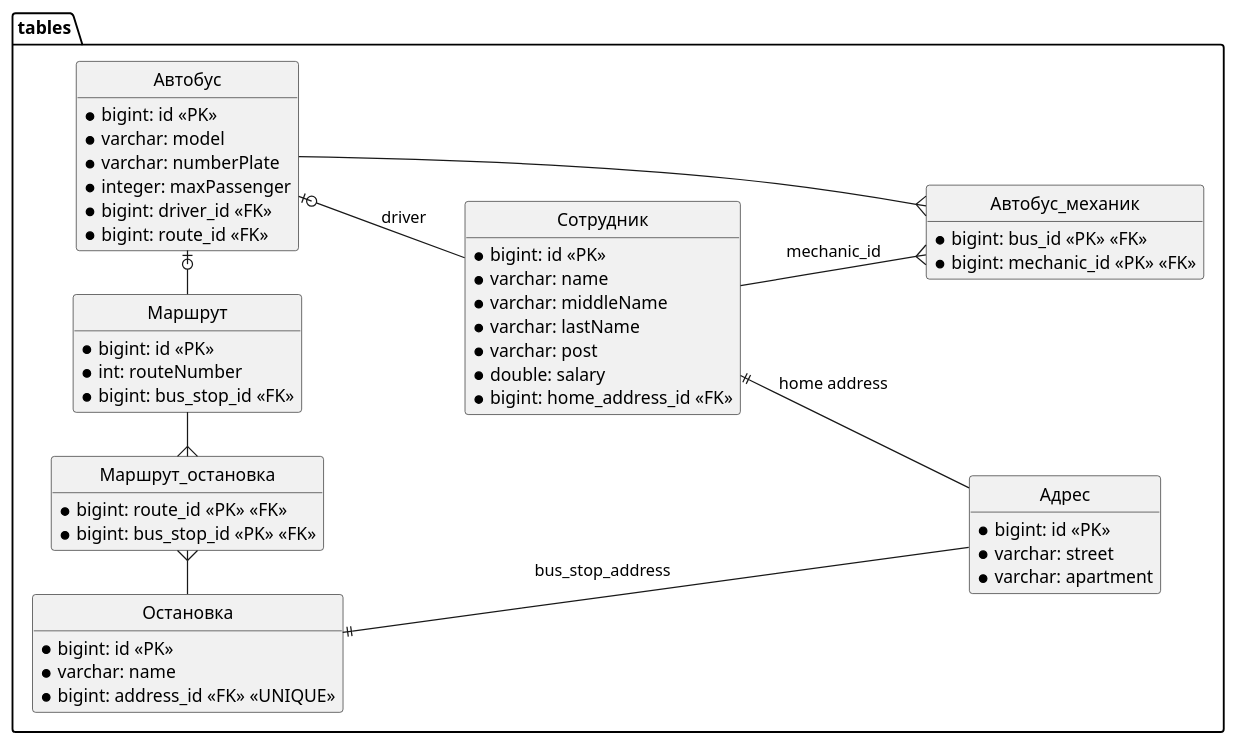
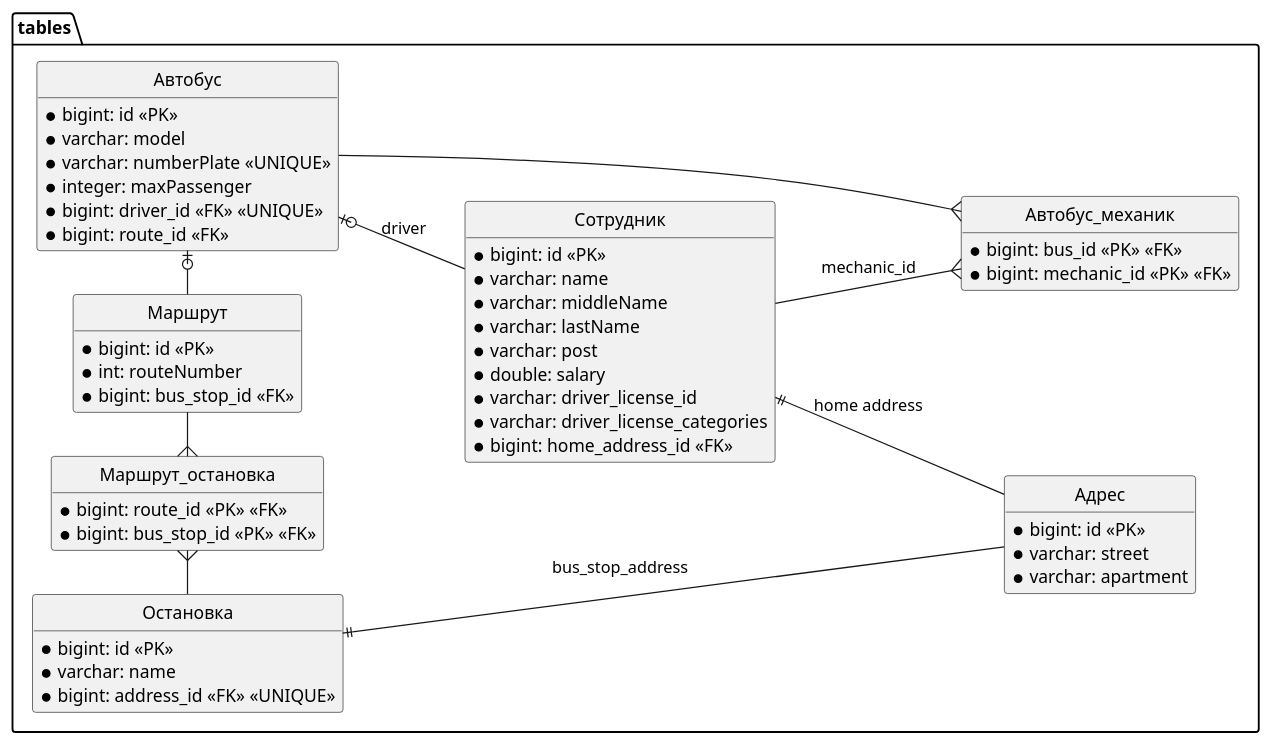
Before and after one commit to itolstov09/bus-park: the diagram in docs/TableDiagram.puml, drawn with PlantUML. The commit also changed 1 other file, not shown here.

Commit message:
docs: add Driver License

```diff
--- a/docs/TableDiagram.puml
+++ b/docs/TableDiagram.puml
@@ -1,79 +1,81 @@
 @startuml
 'https://plantuml.com/class-diagram
 
 'top to bottom direction
 left to right direction
 
 
 package tables {
 
     hide empty member
     hide circle
 
 
 
     entity "Адрес" as address {
         * bigint: id <<PK>>
         * varchar: street
         * varchar: apartment
     }
 
     entity "Автобус" as bus {
         * bigint: id <<PK>>
         * varchar: model
-        * varchar: numberPlate
+        * varchar: numberPlate <<UNIQUE>>
         * integer: maxPassenger
-        * bigint: driver_id <<FK>>
+        * bigint: driver_id <<FK>> <<UNIQUE>>
         * bigint: route_id <<FK>>
     }
 
     entity "Сотрудник" as employee {
         * bigint: id <<PK>>
         * varchar: name
         * varchar: middleName
         * varchar: lastName
         * varchar: post
         * double: salary
+        * varchar: driver_license_id
+        * varchar: driver_license_categories
         * bigint: home_address_id <<FK>>
     }
 
     employee ||-- address: "home address"
 
 
     bus  |o-- employee: driver
 
     entity "Автобус_механик" as bus_mechanic {
         * bigint: bus_id <<PK>> <<FK>>
         * bigint: mechanic_id <<PK>> <<FK>>
     }
 
     bus_mechanic }-- bus
     employee --{ bus_mechanic: mechanic_id
 
 
 
     entity "Остановка" as busstop {
         * bigint: id <<PK>>
         * varchar: name
         * bigint: address_id <<FK>> <<UNIQUE>>
     }
 
     busstop ||- address: bus_stop_address
 
     entity "Маршрут" as route {
         * bigint: id <<PK>>
         * int: routeNumber
         * bigint: bus_stop_id <<FK>>
     }
     route  -o|  bus
 
     entity "Маршрут_остановка" as route_busstop {
         * bigint: route_id <<PK>> <<FK>>
         * bigint: bus_stop_id <<PK>> <<FK>>
 
     }
     route_busstop }- route
     busstop -{ route_busstop
 
 }
 @enduml
```
